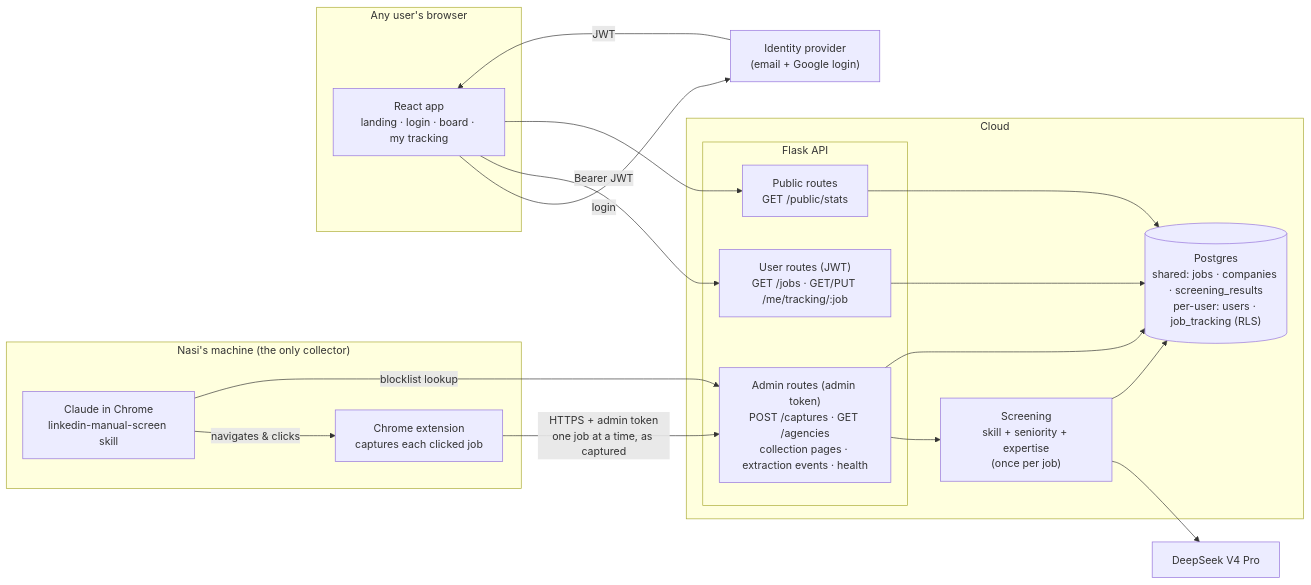
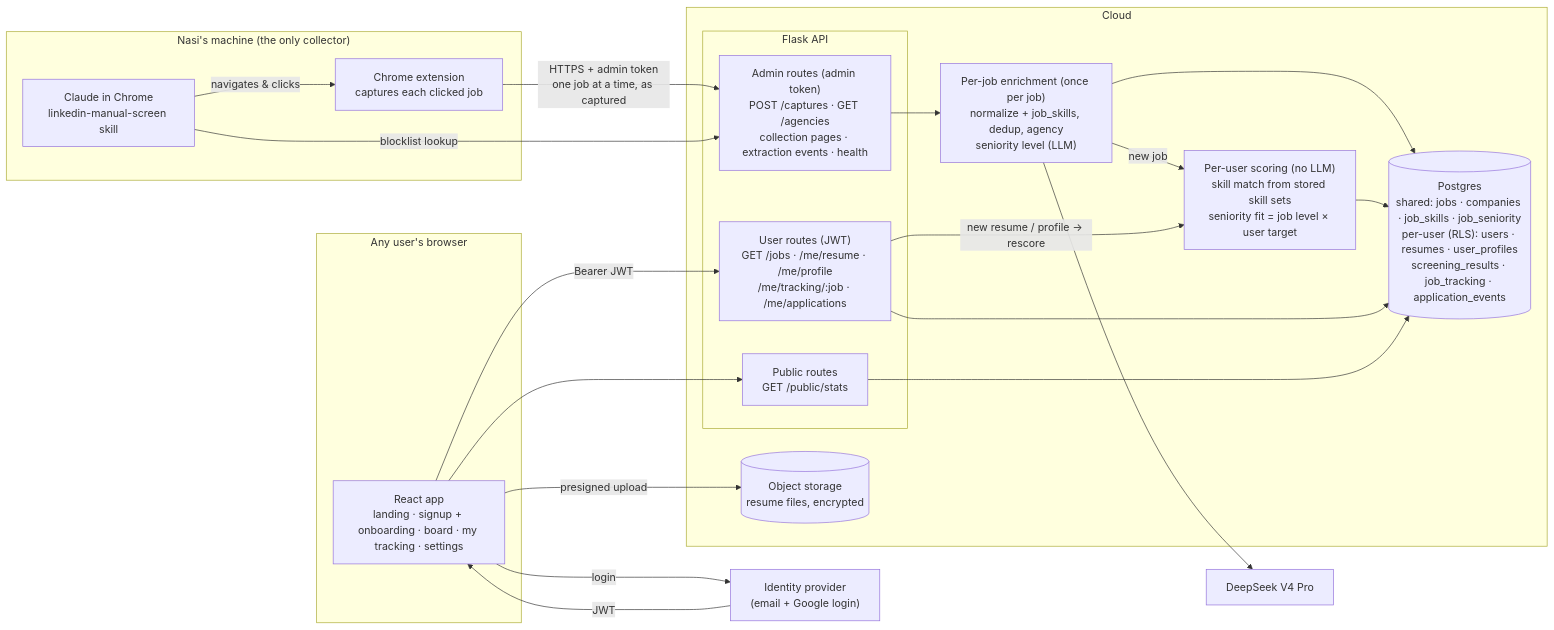
The first of 3 diagrams in docs/productization_build_plan.md (nlp4725/job-hunt-intelligence), drawn with Mermaid before and after one commit. The commit also changed other lines of this file and 127 other files, not shown here.

First line of the commit message:
Resume + JD skill pipeline: normalize, resume parsing, PII redaction, gold set

````diff
--- a/docs/productization_build_plan.md
+++ b/docs/productization_build_plan.md
@@ -28,38 +34,43 @@
 ```mermaid
 flowchart LR
     subgraph Curator["Nasi's machine (the only collector)"]
         Claude["Claude in Chrome<br/>linkedin-manual-screen skill"]
         Ext["Chrome extension<br/>captures each clicked job"]
         Claude -- "navigates & clicks" --> Ext
     end
 
     subgraph Users["Any user's browser"]
-        App["React app<br/>landing · login · board · my tracking"]
+        App["React app<br/>landing · signup + onboarding · board · my tracking · settings"]
     end
 
     IdP["Identity provider<br/>(email + Google login)"]
 
     subgraph Cloud["Cloud"]
         subgraph API["Flask API"]
             Admin["Admin routes (admin token)<br/>POST /captures · GET /agencies<br/>collection pages · extraction events · health"]
             Pub["Public routes<br/>GET /public/stats"]
-            UserR["User routes (JWT)<br/>GET /jobs · GET/PUT /me/tracking/:job"]
+            UserR["User routes (JWT)<br/>GET /jobs · /me/resume · /me/profile<br/>/me/tracking/:job · /me/applications"]
         end
-        Screen["Screening<br/>skill + seniority + expertise<br/>(once per job)"]
-        PG[("Postgres<br/>shared: jobs · companies · screening_results<br/>per-user: users · job_tracking (RLS)")]
+        Enrich["Per-job enrichment (once per job)<br/>normalize + job_skills, dedup, agency<br/>seniority level (LLM)"]
+        Screen["Per-user scoring (no LLM)<br/>skill match from stored skill sets<br/>seniority fit = job level × user target"]
+        S3[("Object storage<br/>resume files, encrypted")]
+        PG[("Postgres<br/>shared: jobs · companies · job_skills · job_seniority<br/>per-user (RLS): users · resumes · user_profiles<br/>screening_results · job_tracking · application_events")]
     end
 
     LLM["DeepSeek V4 Pro"]
 
     Ext -- "HTTPS + admin token<br/>one job at a time, as captured" --> Admin
     Claude -- "blocklist lookup" --> Admin
-    Admin --> Screen --> LLM
+    Admin --> Enrich --> PG
+    Enrich --> LLM
+    Enrich -- "new job" --> Screen
     Screen --> PG
-    Admin --> PG
     App -- "login" --> IdP
     IdP -- "JWT" --> App
     App -- "Bearer JWT" --> UserR
+    App -- "presigned upload" --> S3
     App --> Pub
     UserR --> PG
+    UserR -- "new resume / profile → rescore" --> Screen
     Pub --> PG
 ```
````
